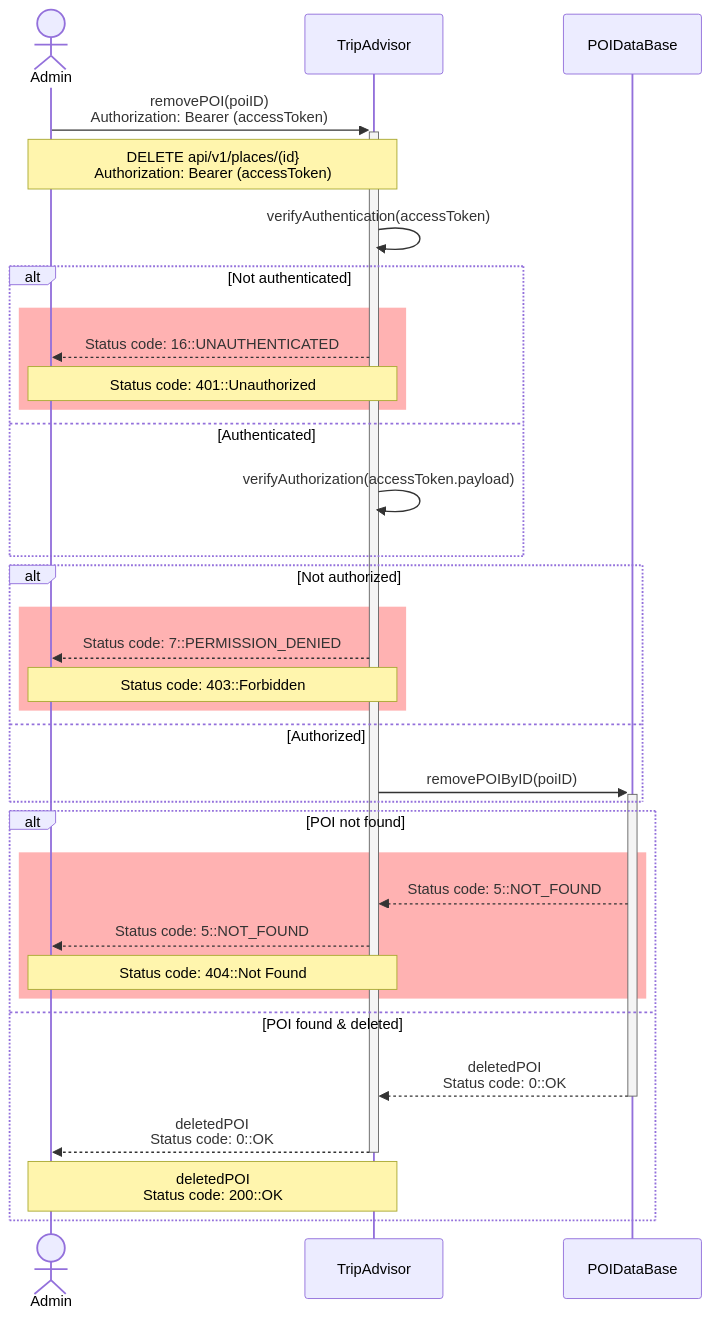
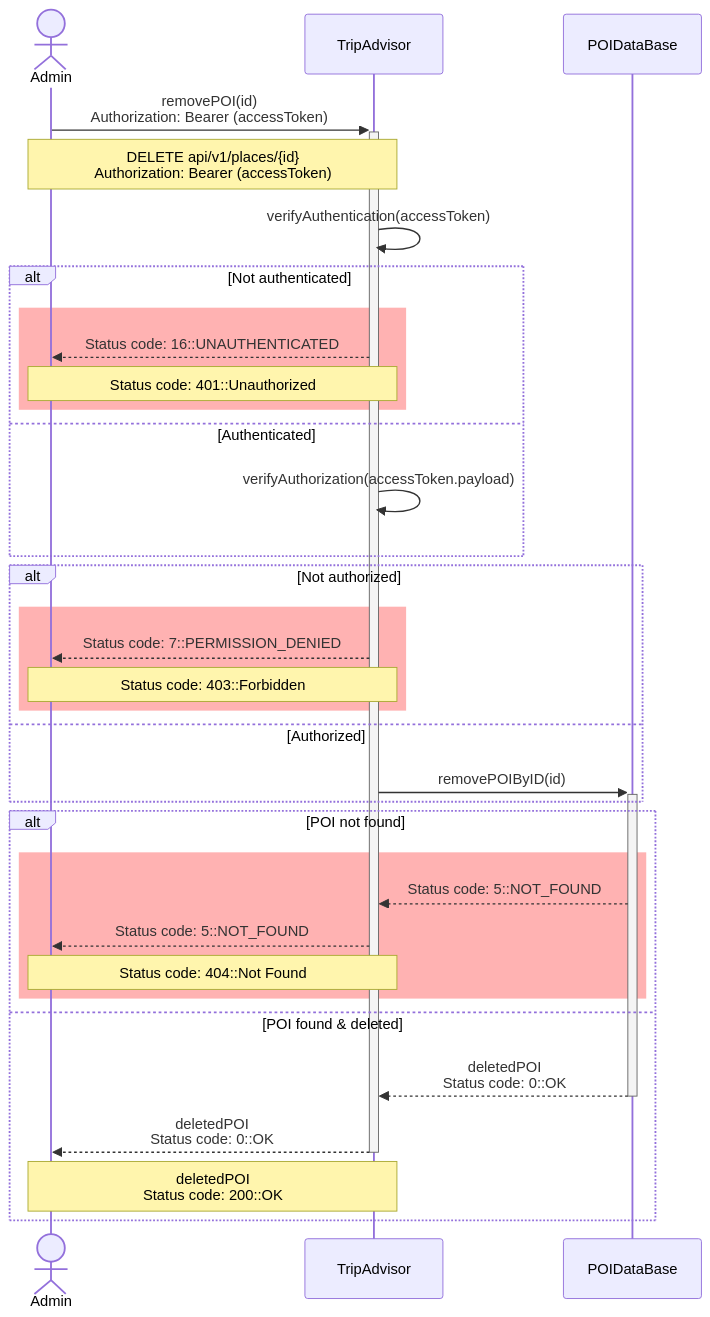
Before and after one commit to d-kv/backend-travel-app: the diagram in docs/uml/src/remove_poi.mmd, drawn with Mermaid. The commit also changed 7 other files, not shown here.

```diff
--- a/docs/uml/src/remove_poi.mmd
+++ b/docs/uml/src/remove_poi.mmd
@@ -1,37 +1,37 @@
 sequenceDiagram
 	actor Admin as Admin
 	participant Trip as TripAdvisor
 	participant DB as POIDataBase
 
-	Admin->>+Trip: removePOI(poiID)<br/>Authorization: Bearer (accessToken)
-	Note over Admin,Trip: DELETE api/v1/places/(id}<br/>Authorization: Bearer (accessToken)
+	Admin->>+Trip: removePOI(id)<br/>Authorization: Bearer (accessToken)
+	Note over Admin,Trip: DELETE api/v1/places/{id}<br/>Authorization: Bearer (accessToken)
 
-Trip->>Trip: verifyAuthentication(accessToken)
+	Trip->>Trip: verifyAuthentication(accessToken)
 		alt Not authenticated
 			rect rgba(255, 0, 0, 0.3)
 				Trip-->>Admin: Status code: 16::UNAUTHENTICATED
 				Note over Admin,Trip: Status code: 401::Unauthorized
 			end
 		else Authenticated
 			Trip->>Trip: verifyAuthorization(accessToken.payload)
 		end
 		alt Not authorized
 			rect rgba(255, 0, 0, 0.3)
 				Trip-->>Admin: Status code: 7::PERMISSION_DENIED
 				Note over Admin,Trip: Status code: 403::Forbidden
 			end
 		else Authorized
-			Trip->>+DB: removePOIByID(poiID)
+			Trip->>+DB: removePOIByID(id)
 		end
 
 		alt POI not found
 			rect rgba(255, 0, 0, 0.3)
 				DB-->>Trip: Status code: 5::NOT_FOUND
 				Trip-->>Admin: Status code: 5::NOT_FOUND
 				Note over Admin,Trip: Status code: 404::Not Found
 			end
 		else POI found & deleted
 			DB-->>-Trip: deletedPOI<br/>Status code: 0::OK
 			Trip-->>-Admin: deletedPOI<br/>Status code: 0::OK
 			Note over Admin,Trip: deletedPOI<br/>Status code: 200::OK
 		end
```
